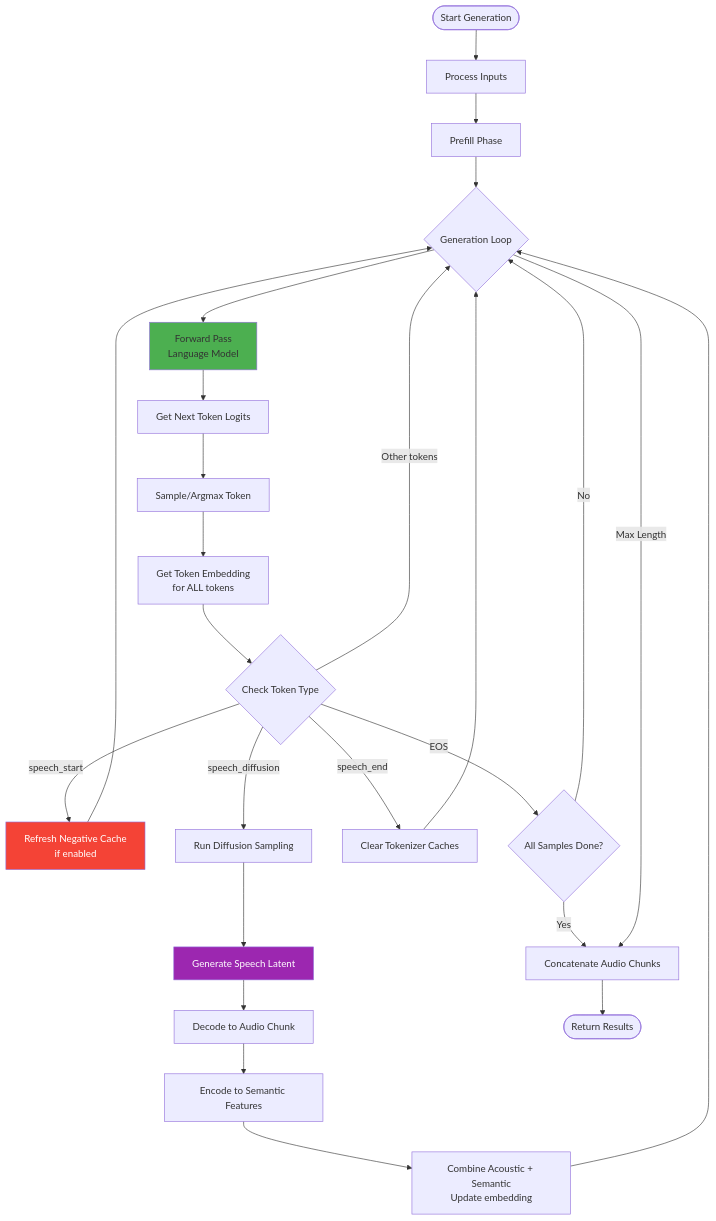
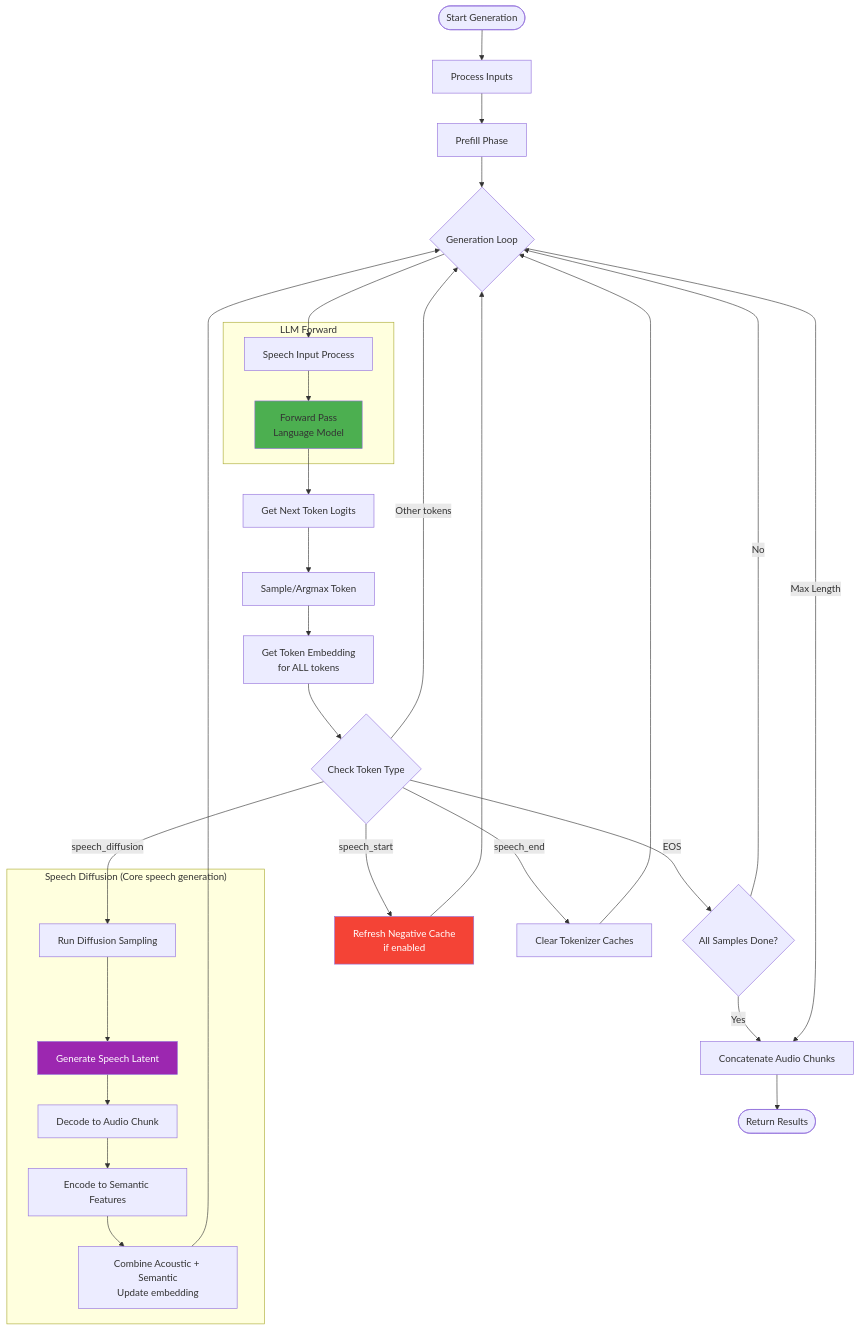
Before and after one commit to zhao-kun/vibevoice: the tenth of 19 diagrams in docs/vibevoice_inference_architecture.md, drawn with Mermaid.

Commit message:
Add subgraph in overal generation flow

````diff
--- a/docs/vibevoice_inference_architecture.md
+++ b/docs/vibevoice_inference_architecture.md
@@ -735,41 +735,47 @@
 ```mermaid
 flowchart TD
     Start([Start Generation]) --> A[Process Inputs]
     A --> B[Prefill Phase]
     B --> C{Generation Loop}
 
-    C --> D[Forward Pass<br/>Language Model]
-    D --> E[Get Next Token Logits]
+    C --> D1["Speech Input Process"]
+    subgraph "LLM Forward"
+       D1 --> D2[Forward Pass<br/>Language Model]
+    end
+
+    D2 --> E[Get Next Token Logits]
     E --> F[Sample/Argmax Token]
 
     F --> G[Get Token Embedding<br/>for ALL tokens]
     G --> H{Check Token Type}
 
     H -->|speech_start| I[Refresh Negative Cache<br/>if enabled]
     I --> C
 
     H -->|speech_diffusion| J[Run Diffusion Sampling]
-    J --> K[Generate Speech Latent]
-    K --> L[Decode to Audio Chunk]
-    L --> M[Encode to Semantic Features]
-    M --> N[Combine Acoustic + Semantic<br/>Update embedding]
+    subgraph "Speech Diffusion (Core speech generation)"
+        J --> K[Generate Speech Latent]
+        K --> L[Decode to Audio Chunk]
+        L --> M[Encode to Semantic Features]
+        M --> N[Combine Acoustic + Semantic<br/>Update embedding]
+    end
     N --> C
 
     H -->|speech_end| O[Clear Tokenizer Caches]
     O --> C
 
     H -->|EOS| P{All Samples Done?}
     P -->|No| C
     P -->|Yes| Q[Concatenate Audio Chunks]
 
     H -->|Other tokens| C
 
     C -->|Max Length| Q
 
     Q --> End([Return Results])
 
     style I fill:#f44336,color:#FFFFFF
     style K fill:#9c27b0,color:#FFFFFF
-    style D fill:#4caf50
+    style D2 fill:#4caf50
     style N padding:0px
 ```
````
